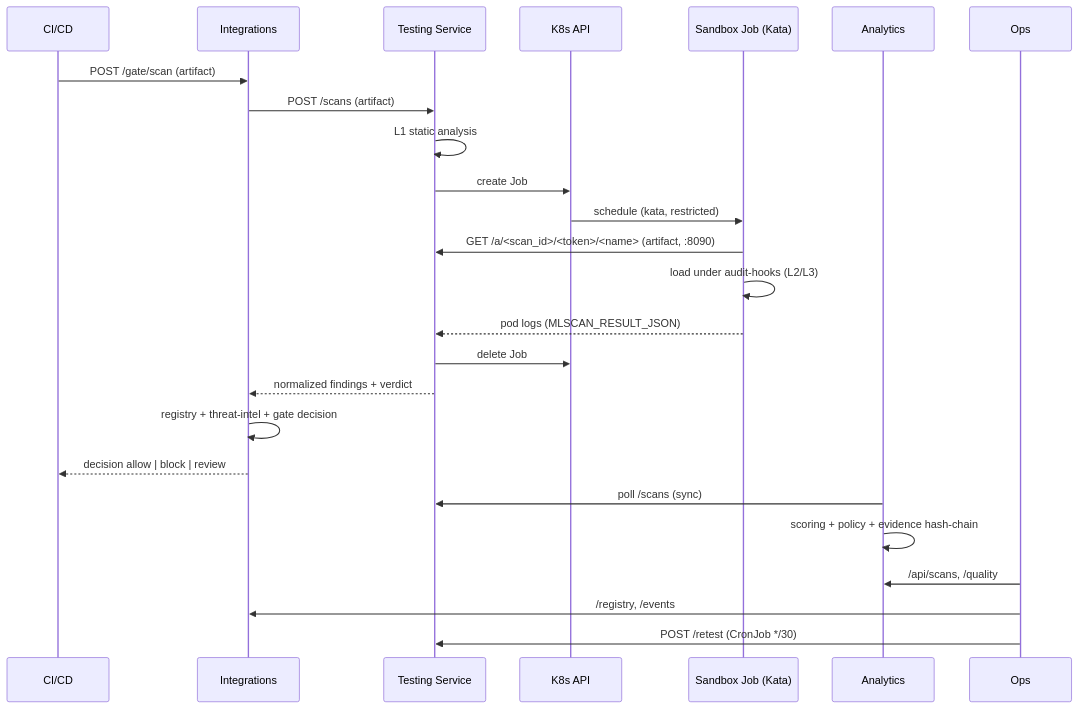
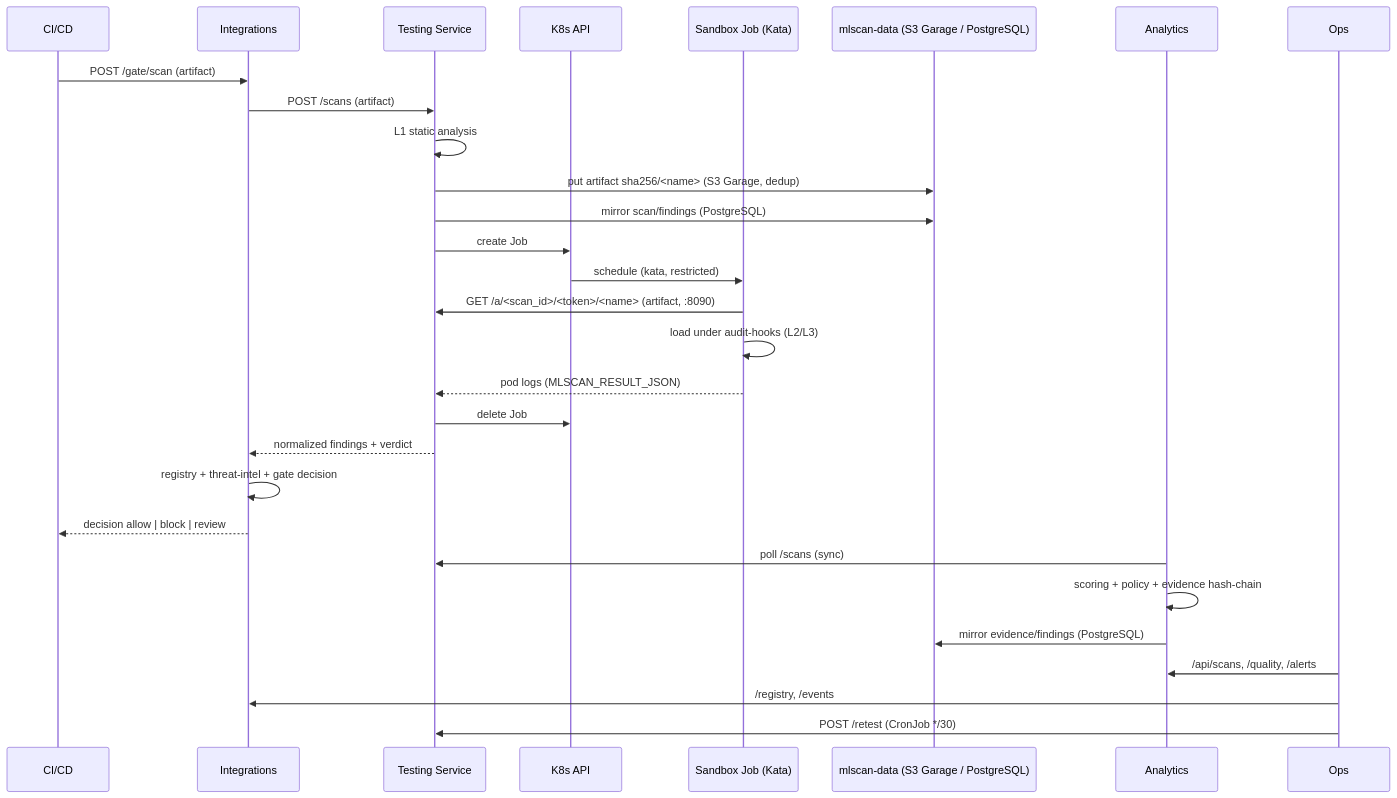
Before and after one commit to pol4/MLScan: the second of 2 diagrams in docs/07-implemented-architecture.md, drawn with Mermaid. The commit also changed other lines of this file and 13 other files, not shown here.

````diff
--- a/docs/07-implemented-architecture.md
+++ b/docs/07-implemented-architecture.md
@@ -246,28 +301,32 @@
 ```mermaid
 sequenceDiagram
   participant CI as CI/CD
   participant INT as Integrations
   participant TS as Testing Service
   participant K8S as K8s API
   participant SB as Sandbox Job (Kata)
+  participant DATA as mlscan-data (S3 Garage / PostgreSQL)
   participant AN as Analytics
   participant OP as Ops
 
   CI->>INT: POST /gate/scan (artifact)
   INT->>TS: POST /scans (artifact)
   TS->>TS: L1 static analysis
+  TS->>DATA: put artifact sha256/<name> (S3 Garage, dedup)
+  TS->>DATA: mirror scan/findings (PostgreSQL)
   TS->>K8S: create Job
   K8S->>SB: schedule (kata, restricted)
   SB->>TS: GET /a/<scan_id>/<token>/<name> (artifact, :8090)
   SB->>SB: load under audit-hooks (L2/L3)
   SB-->>TS: pod logs (MLSCAN_RESULT_JSON)
   TS->>K8S: delete Job
   TS-->>INT: normalized findings + verdict
   INT->>INT: registry + threat-intel + gate decision
   INT-->>CI: decision allow | block | review
   AN->>TS: poll /scans (sync)
   AN->>AN: scoring + policy + evidence hash-chain
-  OP->>AN: /api/scans, /quality
+  AN->>DATA: mirror evidence/findings (PostgreSQL)
+  OP->>AN: /api/scans, /quality, /alerts
   OP->>INT: /registry, /events
   OP->>TS: POST /retest (CronJob */30)
 ```
````
